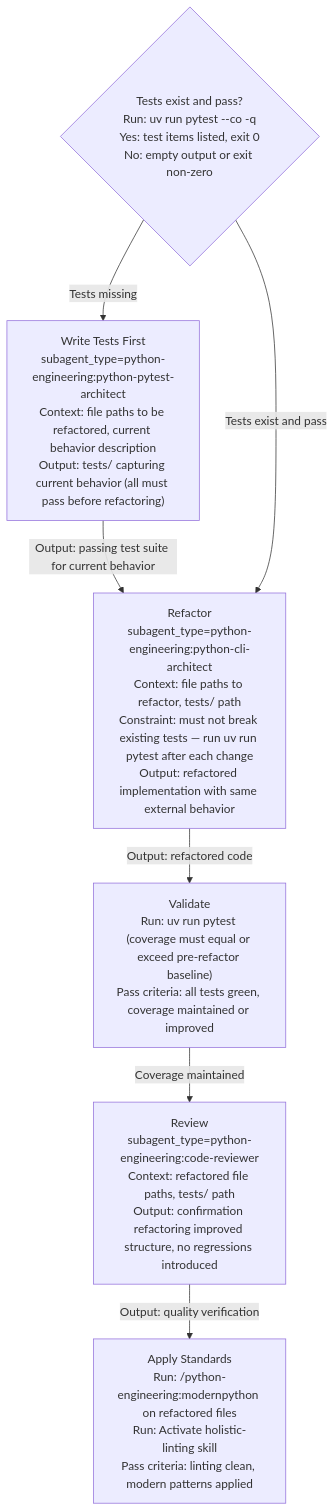
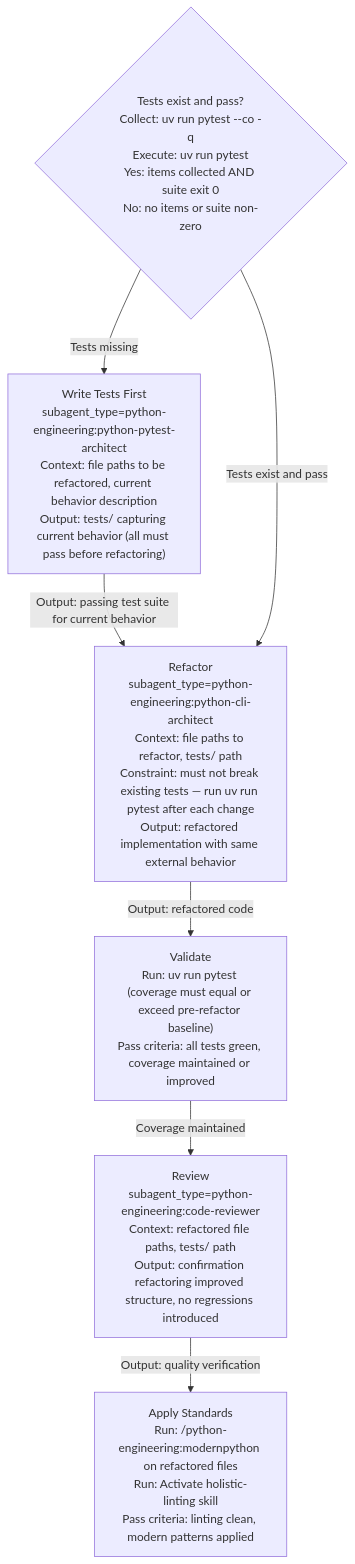
One commit to Jamie-BitFlight/claude_skills changed the fourth of 6 diagrams in plugins/python-engineering/skills/orchestrating-python-development/SKILL.md. Above: the diagram before and after it, drawn with Mermaid. The commit also changed other lines of this file, not shown here.

Commit message:
fix(python-engineering): consume TDD and test-baseline decisions

````diff
--- a/plugins/python-engineering/skills/orchestrating-python-development/SKILL.md
+++ b/plugins/python-engineering/skills/orchestrating-python-development/SKILL.md
@@ -157,15 +158,15 @@
 ```mermaid
 flowchart TD
-    S1{"Tests exist and pass?<br>Run: uv run pytest --co -q<br>Yes: test items listed, exit 0<br>No: empty output or exit non-zero"}
+    S1{"Tests exist and pass?<br>Collect: uv run pytest --co -q<br>Execute: uv run pytest<br>Yes: items collected AND suite exit 0<br>No: no items or suite non-zero"}
     S1a["Write Tests First<br>subagent_type=python-engineering:python-pytest-architect<br>Context: file paths to be refactored, current behavior description<br>Output: tests/ capturing current behavior (all must pass before refactoring)"]
     S2["Refactor<br>subagent_type=python-engineering:python-cli-architect<br>Context: file paths to refactor, tests/ path<br>Constraint: must not break existing tests — run uv run pytest after each change<br>Output: refactored implementation with same external behavior"]
     S3["Validate<br>Run: uv run pytest (coverage must equal or exceed pre-refactor baseline)<br>Pass criteria: all tests green, coverage maintained or improved"]
     S4["Review<br>subagent_type=python-engineering:code-reviewer<br>Context: refactored file paths, tests/ path<br>Output: confirmation refactoring improved structure, no regressions introduced"]
     S5["Apply Standards<br>Run: /python-engineering:modernpython on refactored files<br>Run: Activate holistic-linting skill<br>Pass criteria: linting clean, modern patterns applied"]
     S1 -->|"Tests missing"| S1a
     S1a -->|"Output: passing test suite for current behavior"| S2
     S1 -->|"Tests exist and pass"| S2
     S2 -->|"Output: refactored code"| S3
     S3 -->|"Coverage maintained"| S4
     S4 -->|"Output: quality verification"| S5
 ```
````
